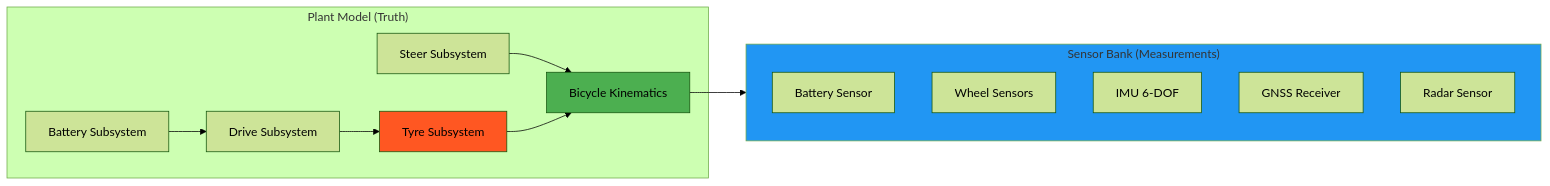
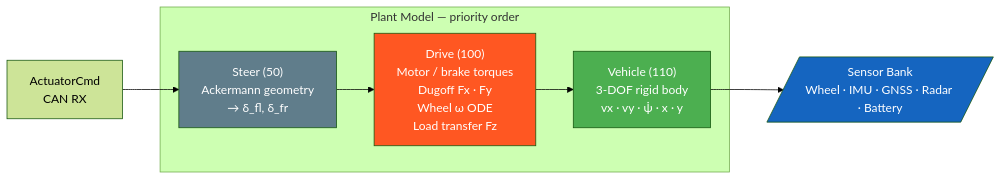
Before and after one commit to mtilocca/vehicle-Dynamics-Sim-Can: the second of 3 diagrams in README.md, drawn with Mermaid (forest theme). The commit also changed other lines of this file and 1 other file, not shown here.

````diff
--- a/README.md
+++ b/README.md
@@ -79,28 +83,21 @@
 ```mermaid
 flowchart LR
-    subgraph PlantModel["Plant Model (Truth)"]
-        STEER[Steer Subsystem]
-        DRIVE[Drive Subsystem]
-        TYRE[Tyre Subsystem]
-        BATTERY[Battery Subsystem]
-        KINEMATICS[Bicycle Kinematics]
+    CMD["ActuatorCmd<br/>CAN RX"]
+
+    subgraph Plant["Plant Model — priority order"]
+        STEER["Steer (50)<br/>Ackermann geometry<br/>→ δ_fl, δ_fr"]
+        DRIVE["Drive (100)<br/>Motor / brake torques<br/>Dugoff Fx · Fy<br/>Wheel ω ODE<br/>Load transfer Fz"]
+        VEHICLE["Vehicle (110)<br/>3-DOF rigid body<br/>vx · vy · ψ̇ · x · y"]
+        STEER --> DRIVE --> VEHICLE
     end
-    
-    subgraph SensorBank["Sensor Bank (Measurements)"]
-        BATT_S[Battery Sensor]
-        WHEEL_S[Wheel Sensors]
-        IMU_S[IMU 6-DOF]
-        GNSS_S[GNSS Receiver]
-        RADAR_S[Radar Sensor]
-    end
-    
-    STEER --> KINEMATICS
-    DRIVE --> TYRE
-    TYRE --> KINEMATICS
-    BATTERY --> DRIVE
-    KINEMATICS --> SensorBank
-    
-    style KINEMATICS fill:#4CAF50
-    style TYRE fill:#FF5722
-    style SensorBank fill:#2196F3
+
+    SENSORS[/"Sensor Bank<br/>Wheel · IMU · GNSS · Radar · Battery"/]
+
+    CMD --> STEER
+    VEHICLE --> SENSORS
+
+    style STEER   fill:#607D8B,color:#fff
+    style DRIVE   fill:#FF5722,color:#fff
+    style VEHICLE fill:#4CAF50,color:#fff
+    style SENSORS fill:#1565C0,color:#fff
 ```
````
